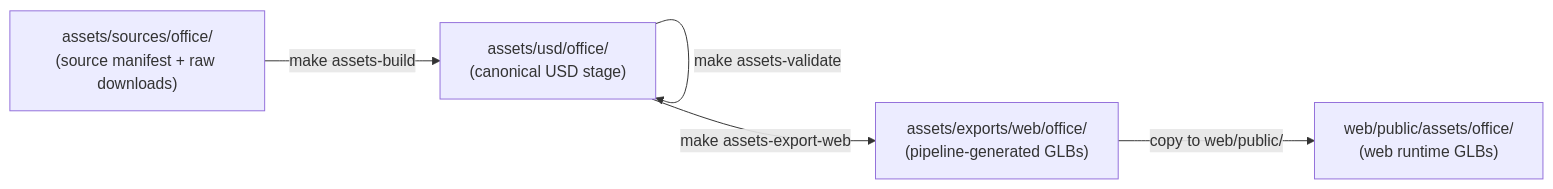
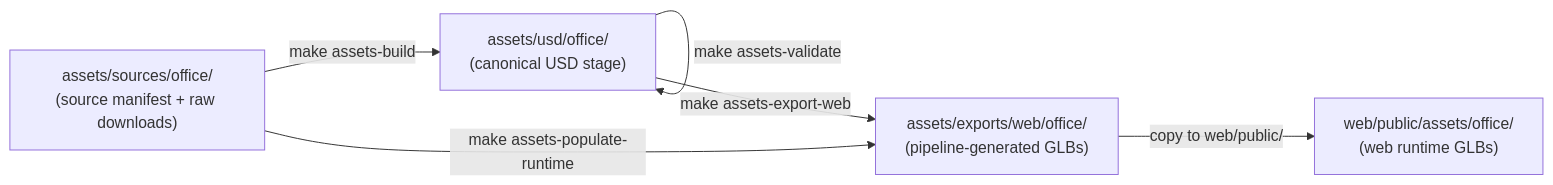
One commit to lesserevil/aethel changed the diagram in docs/asset-pipeline.md. Above: the diagram before and after it, drawn with Mermaid. The commit also changed other lines of this file and 30 other files, not shown here.

````diff
--- a/docs/asset-pipeline.md
+++ b/docs/asset-pipeline.md
@@ -20,12 +20,13 @@
 ```mermaid
 flowchart LR
     src["assets/sources/office/\n(source manifest + raw downloads)"]
     usd["assets/usd/office/\n(canonical USD stage)"]
     exp["assets/exports/web/office/\n(pipeline-generated GLBs)"]
     web["web/public/assets/office/\n(web runtime GLBs)"]
 
     src -- "make assets-build" --> usd
     usd -- "make assets-validate" --> usd
     usd -- "make assets-export-web" --> exp
     exp -- "copy to web/public/" --> web
+    src -- "make assets-populate-runtime" --> exp
 ```
````
